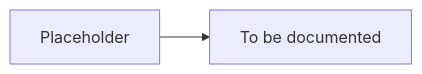
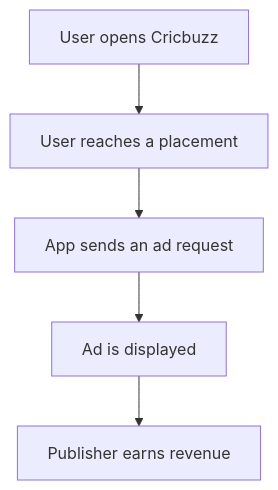
Before and after one commit to tirthkanzariya201/tapmind: the diagram in docs/getting-started/how-mobile-ads-work.md, drawn with Mermaid. The commit also changed other lines of this file and 1 other file, not shown here.

````diff
--- a/docs/getting-started/how-mobile-ads-work.md
+++ b/docs/getting-started/how-mobile-ads-work.md
@@ -23,5 +85,7 @@
 ```mermaid
-%% Add a diagram when a process or flow is described
-flowchart LR
-    A[Placeholder] --> B[To be documented]
+flowchart TD
+    A[User opens Cricbuzz] --> B[User reaches a placement]
+    B --> C[App sends an ad request]
+    C --> D[Ad is displayed]
+    D --> E[Publisher earns revenue]
 ```
````
